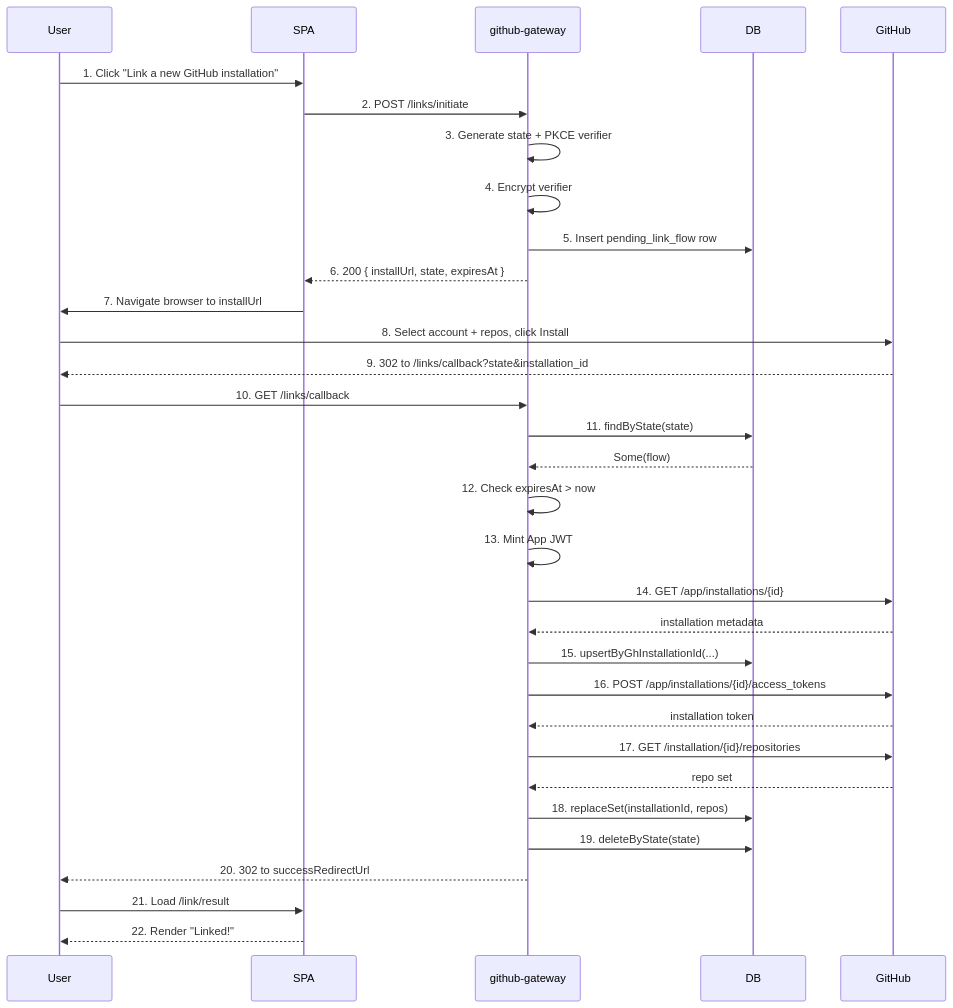
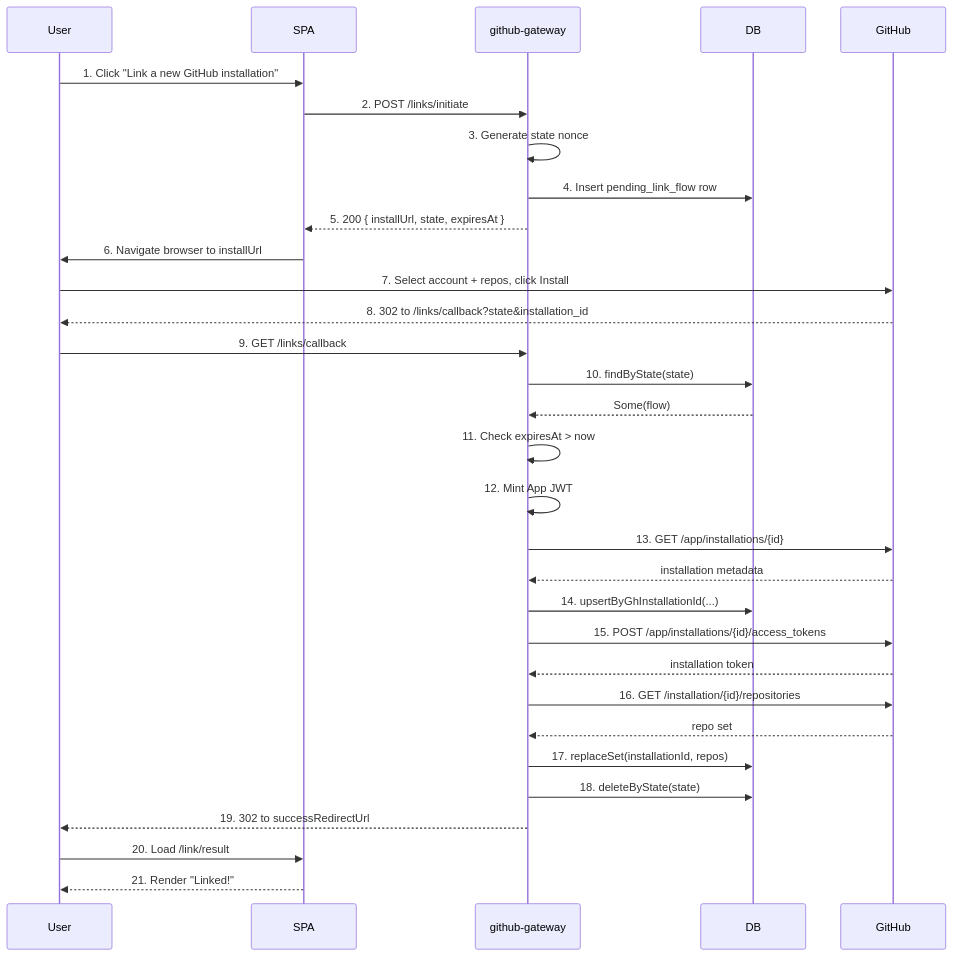
The first of 6 diagrams in provider-gateways/github-gateway/docs/flows/linking_flow.md (MattLangsenkamp/unbroken-chain), drawn with Mermaid before and after one commit. The commit also changed other lines of this file and 30 other files, not shown here.

````diff
--- a/provider-gateways/github-gateway/docs/flows/linking_flow.md
+++ b/provider-gateways/github-gateway/docs/flows/linking_flow.md
@@ -25,35 +27,34 @@
 ```mermaid
 sequenceDiagram
     participant U as User
     participant SPA
     participant GW as github-gateway
     participant DB
     participant GH as GitHub
 
     U->>SPA: 1. Click "Link a new GitHub installation"
     SPA->>GW: 2. POST /links/initiate
-    GW->>GW: 3. Generate state + PKCE verifier
-    GW->>GW: 4. Encrypt verifier
-    GW->>DB: 5. Insert pending_link_flow row
-    GW-->>SPA: 6. 200 { installUrl, state, expiresAt }
-    SPA->>U: 7. Navigate browser to installUrl
-    U->>GH: 8. Select account + repos, click Install
-    GH-->>U: 9. 302 to /links/callback?state&installation_id
-    U->>GW: 10. GET /links/callback
-    GW->>DB: 11. findByState(state)
+    GW->>GW: 3. Generate state nonce
+    GW->>DB: 4. Insert pending_link_flow row
+    GW-->>SPA: 5. 200 { installUrl, state, expiresAt }
+    SPA->>U: 6. Navigate browser to installUrl
+    U->>GH: 7. Select account + repos, click Install
+    GH-->>U: 8. 302 to /links/callback?state&installation_id
+    U->>GW: 9. GET /links/callback
+    GW->>DB: 10. findByState(state)
     DB-->>GW: Some(flow)
-    GW->>GW: 12. Check expiresAt > now
-    GW->>GW: 13. Mint App JWT
-    GW->>GH: 14. GET /app/installations/{id}
+    GW->>GW: 11. Check expiresAt > now
+    GW->>GW: 12. Mint App JWT
+    GW->>GH: 13. GET /app/installations/{id}
     GH-->>GW: installation metadata
-    GW->>DB: 15. upsertByGhInstallationId(...)
-    GW->>GH: 16. POST /app/installations/{id}/access_tokens
+    GW->>DB: 14. upsertByGhInstallationId(...)
+    GW->>GH: 15. POST /app/installations/{id}/access_tokens
     GH-->>GW: installation token
-    GW->>GH: 17. GET /installation/{id}/repositories
+    GW->>GH: 16. GET /installation/{id}/repositories
     GH-->>GW: repo set
-    GW->>DB: 18. replaceSet(installationId, repos)
-    GW->>DB: 19. deleteByState(state)
-    GW-->>U: 20. 302 to successRedirectUrl
-    U->>SPA: 21. Load /link/result
-    SPA-->>U: 22. Render "Linked!"
+    GW->>DB: 17. replaceSet(installationId, repos)
+    GW->>DB: 18. deleteByState(state)
+    GW-->>U: 19. 302 to successRedirectUrl
+    U->>SPA: 20. Load /link/result
+    SPA-->>U: 21. Render "Linked!"
 ```
````
